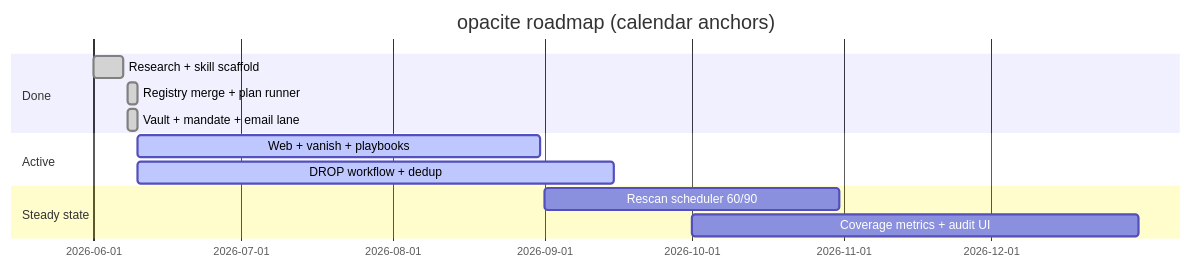
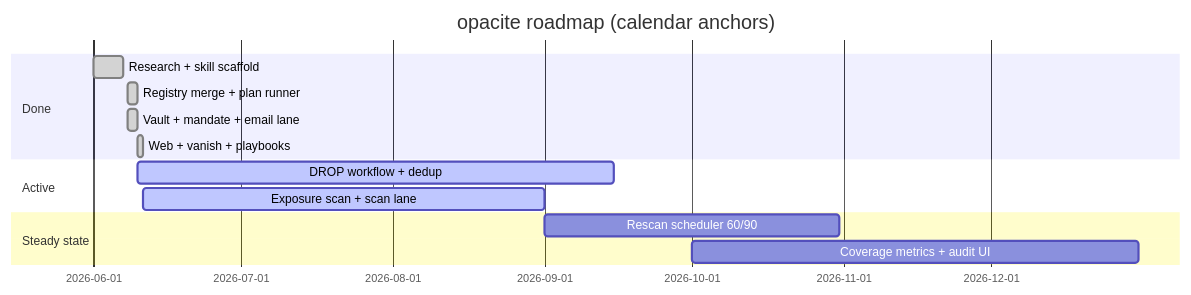
Before and after one commit to weijia-89/opacite: the diagram in references/ROADMAP.md, drawn with Mermaid. The commit also changed other lines of this file, not shown here.

First line of the commit message:
docs(roadmap): Phase 5 active — sync §5.1–5.2 Wave 3 shipped state (#4)

````diff
--- a/references/ROADMAP.md
+++ b/references/ROADMAP.md
@@ -37,15 +37,16 @@
 ```mermaid
 gantt
   title opacite roadmap (calendar anchors)
   dateFormat YYYY-MM-DD
   section Done
   Research + skill scaffold     :done, p0, 2026-06-01, 2026-06-07
   Registry merge + plan runner  :done, p1, 2026-06-08, 2026-06-10
   Vault + mandate + email lane  :done, p2, 2026-06-08, 2026-06-10
+  Web + vanish + playbooks      :done, p3, 2026-06-10, 2026-06-11
   section Active
-  Web + vanish + playbooks      :active, p3, 2026-06-10, 2026-08-31
   DROP workflow + dedup         :active, p4, 2026-06-10, 2026-09-15
+  Exposure scan + scan lane     :active, p5a, 2026-06-11, 2026-09-01
   section Steady state
-  Rescan scheduler 60/90        :p5, 2026-09-01, 2026-10-31
+  Rescan scheduler 60/90        :p5b, 2026-09-01, 2026-10-31
   Coverage metrics + audit UI   :p6, 2026-10-01, 2026-12-31
 ```
````
